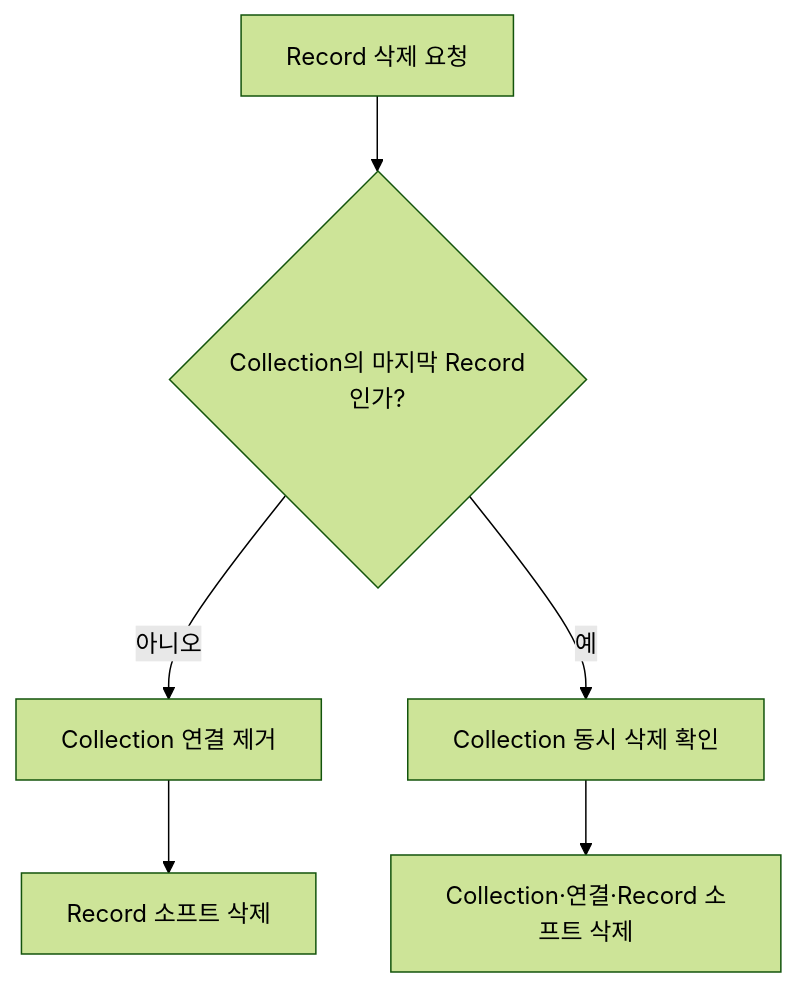
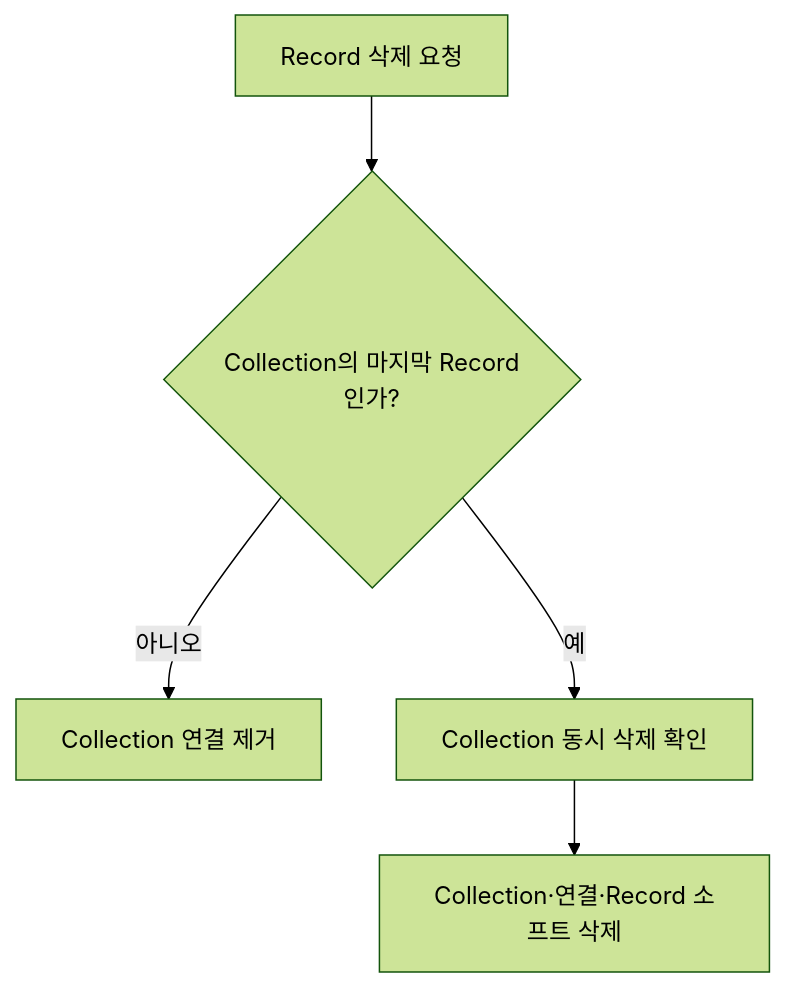
Before and after one commit to Team-PinLog/docs: the eighth of 8 diagrams in draft/09_유저플로우.md, drawn with Mermaid (forest theme).

Commit message:
삭제 플로우 정정
Removed soft delete step for records in flowchart.

````diff
--- a/draft/09_유저플로우.md
+++ b/draft/09_유저플로우.md
@@ -98,8 +98,7 @@
 ```mermaid
 flowchart TD
     A[Record 삭제 요청] --> B{Collection의 마지막 Record인가?}
     B -- 아니오 --> C[Collection 연결 제거]
-    C --> D[Record 소프트 삭제]
     B -- 예 --> E[Collection 동시 삭제 확인]
     E --> F[Collection·연결·Record 소프트 삭제]
 ```
````
